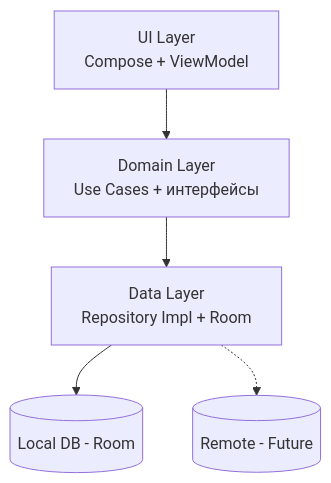
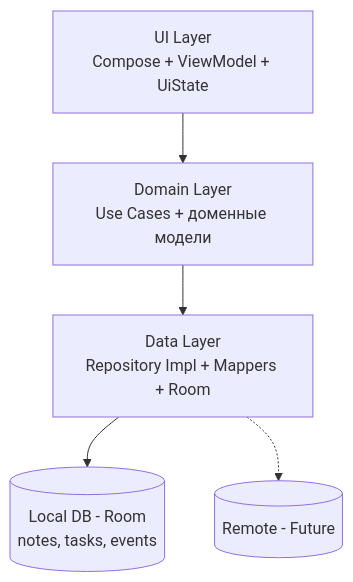
Before and after one commit to MaxGog/pagebook-android: the diagram in README.md, drawn with Mermaid. The commit also changed other lines of this file and 28 other files, not shown here.

````diff
--- a/README.md
+++ b/README.md
@@ -52,7 +54,7 @@
 ```mermaid
 graph TD
-   A[UI Layer<br/>Compose + ViewModel] --> B[Domain Layer<br/>Use Cases + интерфейсы]
-   B --> C[Data Layer<br/>Repository Impl + Room]
-   C --> D[(Local DB - Room)]
+   A[UI Layer<br/>Compose + ViewModel + UiState] --> B[Domain Layer<br/>Use Cases + доменные модели]
+   B --> C[Data Layer<br/>Repository Impl + Mappers + Room]
+   C --> D[(Local DB - Room<br/>notes, tasks, events)]
    C -.-> E[(Remote - Future)]
 ```
````
